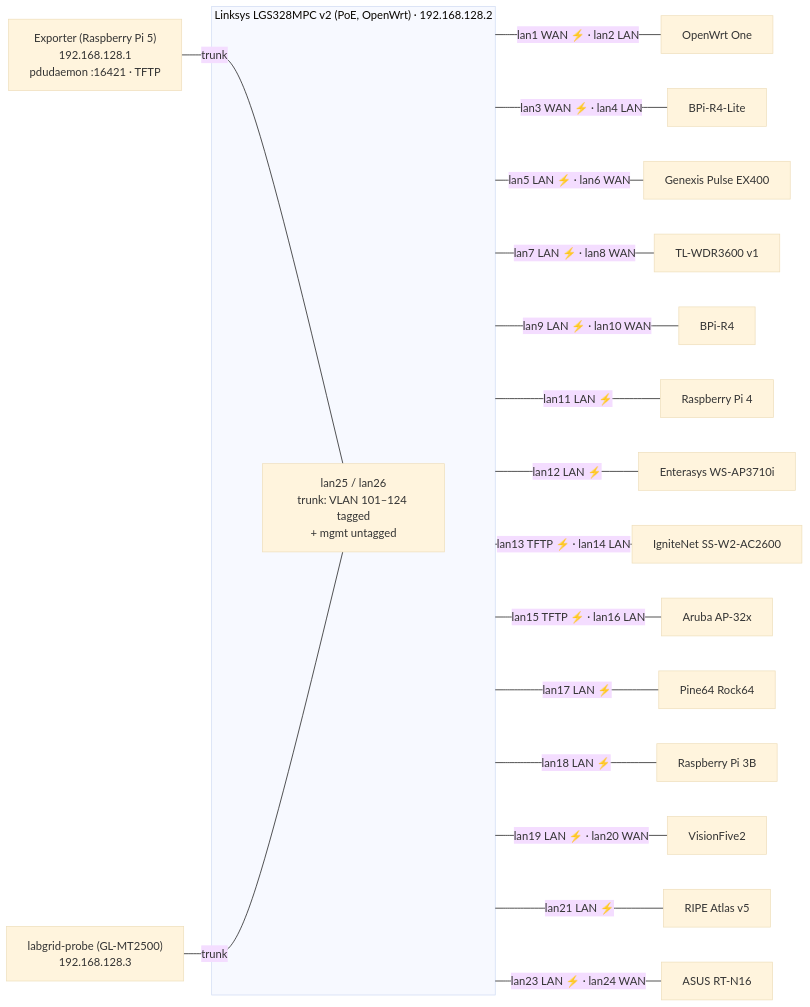
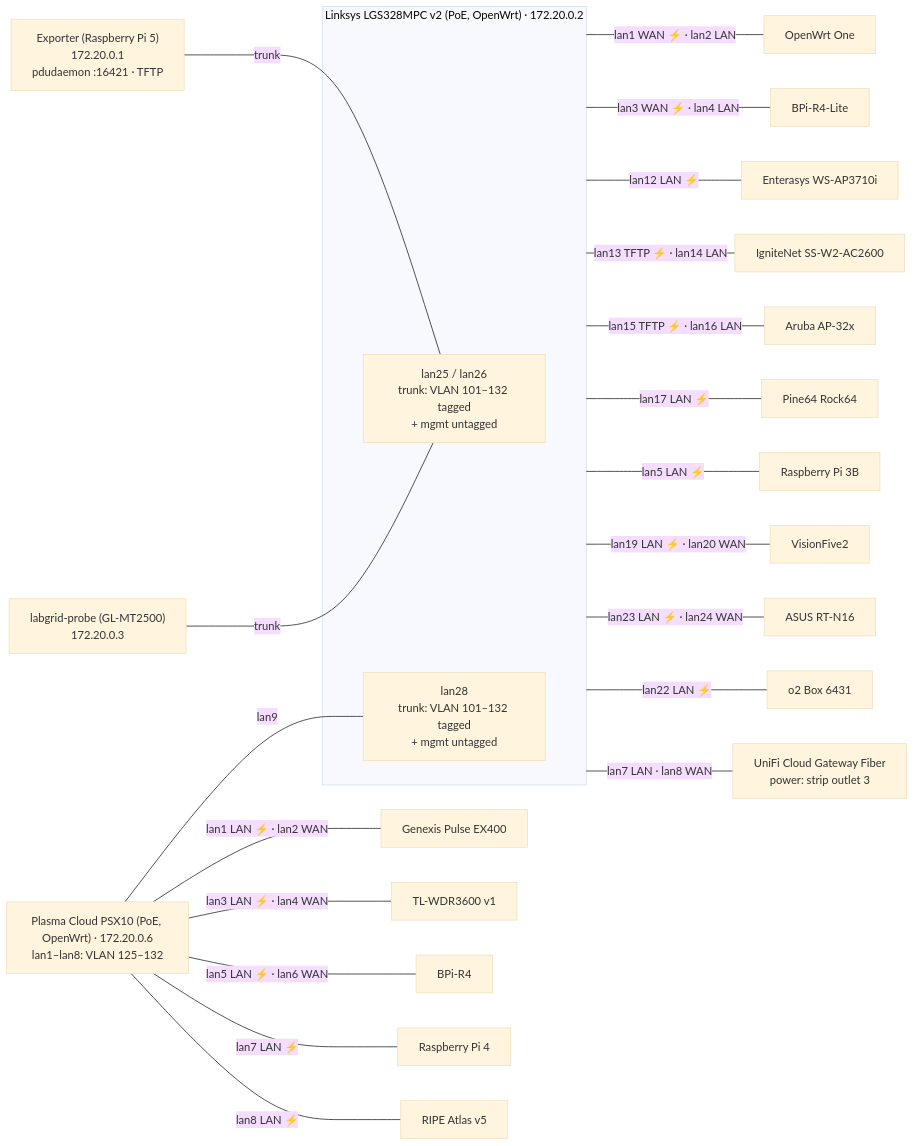
One commit to aparcar/openwrt-tests changed the first of 2 diagrams in docs/labs/aparcar.md. Above: the diagram before and after it, drawn with Mermaid (base theme). The commit also changed other lines of this file and 3 other files, not shown here.

First line of the commit message:
labs: aparcar: add switch 2, power strip and UniFi Cloud Gateway Fiber

````diff
--- a/docs/labs/aparcar.md
+++ b/docs/labs/aparcar.md
@@ -71,27 +132,32 @@
 ```mermaid
 flowchart LR
-  EXP["Exporter (Raspberry Pi 5)<br/>192.168.128.1<br/>pdudaemon :16421 · TFTP"]
-  PROBE["labgrid-probe (GL-MT2500)<br/>192.168.128.3"]
+  EXP["Exporter (Raspberry Pi 5)<br/>172.20.0.1<br/>pdudaemon :16421 · TFTP"]
+  PROBE["labgrid-probe (GL-MT2500)<br/>172.20.0.3"]
+  SW2["Plasma Cloud PSX10 (PoE, OpenWrt) · 172.20.0.6<br/>lan1–lan8: VLAN 125–132"]
 
-  subgraph SW["Linksys LGS328MPC v2 (PoE, OpenWrt) · 192.168.128.2"]
-    T["lan25 / lan26<br/>trunk: VLAN 101–124 tagged<br/>+ mgmt untagged"]
+  subgraph SW["Linksys LGS328MPC v2 (PoE, OpenWrt) · 172.20.0.2"]
+    T["lan25 / lan26<br/>trunk: VLAN 101–132 tagged<br/>+ mgmt untagged"]
+    U["lan28<br/>trunk: VLAN 101–132 tagged<br/>+ mgmt untagged"]
   end
 
   EXP ---|trunk| T
   PROBE ---|trunk| T
+  SW2 ---|lan9| U
 
   SW ---|"lan1 WAN ⚡ · lan2 LAN"| d1["OpenWrt One"]
   SW ---|"lan3 WAN ⚡ · lan4 LAN"| d2["BPi-R4-Lite"]
-  SW ---|"lan5 LAN ⚡ · lan6 WAN"| d3["Genexis Pulse EX400"]
-  SW ---|"lan7 LAN ⚡ · lan8 WAN"| d4["TL-WDR3600 v1"]
-  SW ---|"lan9 LAN ⚡ · lan10 WAN"| d5["BPi-R4"]
-  SW ---|"lan11 LAN ⚡"| d6["Raspberry Pi 4"]
+  SW2 ---|"lan1 LAN ⚡ · lan2 WAN"| d3["Genexis Pulse EX400"]
+  SW2 ---|"lan3 LAN ⚡ · lan4 WAN"| d4["TL-WDR3600 v1"]
+  SW2 ---|"lan5 LAN ⚡ · lan6 WAN"| d5["BPi-R4"]
+  SW2 ---|"lan7 LAN ⚡"| d6["Raspberry Pi 4"]
   SW ---|"lan12 LAN ⚡"| d7["Enterasys WS-AP3710i"]
   SW ---|"lan13 TFTP ⚡ · lan14 LAN"| d8["IgniteNet SS-W2-AC2600"]
   SW ---|"lan15 TFTP ⚡ · lan16 LAN"| d9["Aruba AP-32x"]
   SW ---|"lan17 LAN ⚡"| d10["Pine64 Rock64"]
-  SW ---|"lan18 LAN ⚡"| d11["Raspberry Pi 3B"]
+  SW ---|"lan5 LAN ⚡"| d11["Raspberry Pi 3B"]
   SW ---|"lan19 LAN ⚡ · lan20 WAN"| d12["VisionFive2"]
-  SW ---|"lan21 LAN ⚡"| d13["RIPE Atlas v5"]
+  SW2 ---|"lan8 LAN ⚡"| d13["RIPE Atlas v5"]
   SW ---|"lan23 LAN ⚡ · lan24 WAN"| d14["ASUS RT-N16"]
+  SW ---|"lan22 LAN ⚡"| d15["o2 Box 6431"]
+  SW ---|"lan7 LAN · lan8 WAN"| d16["UniFi Cloud Gateway Fiber<br/>power: strip outlet 3"]
 ```
````
